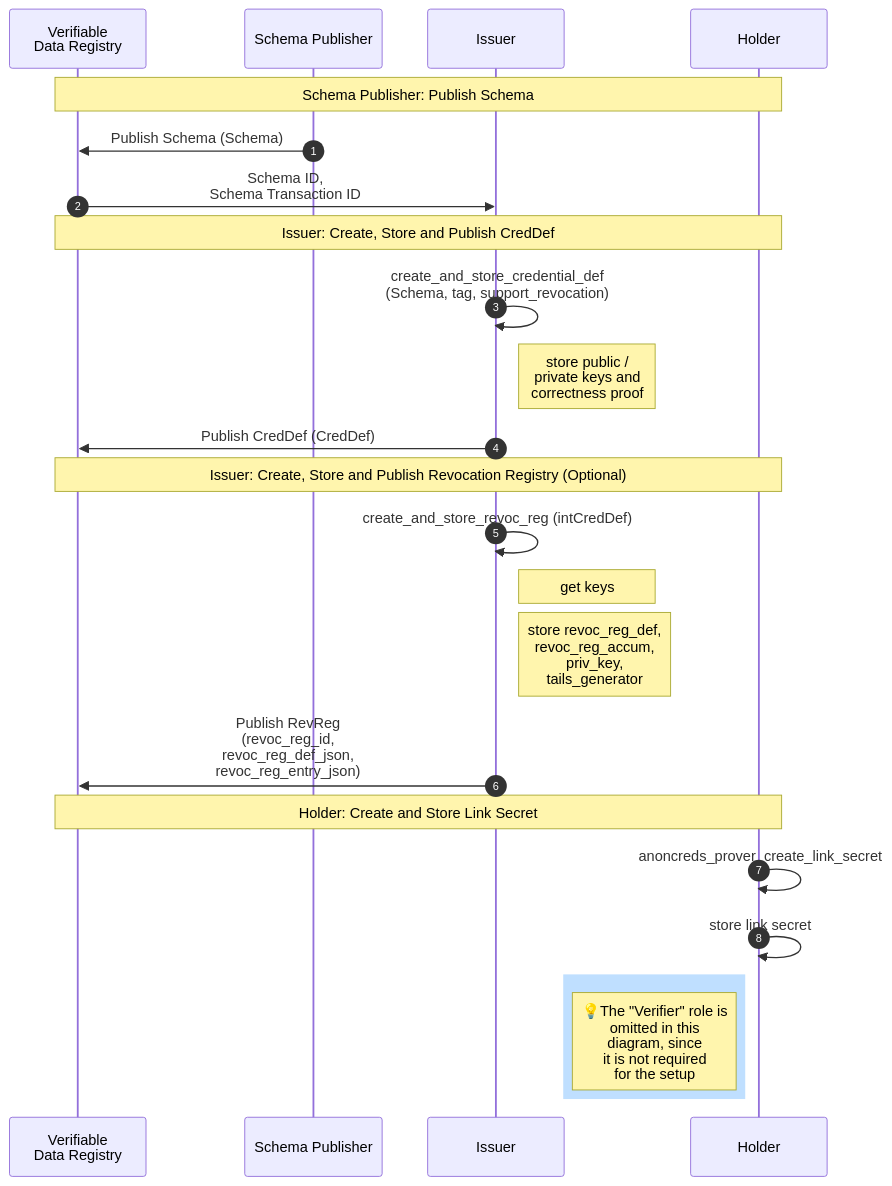
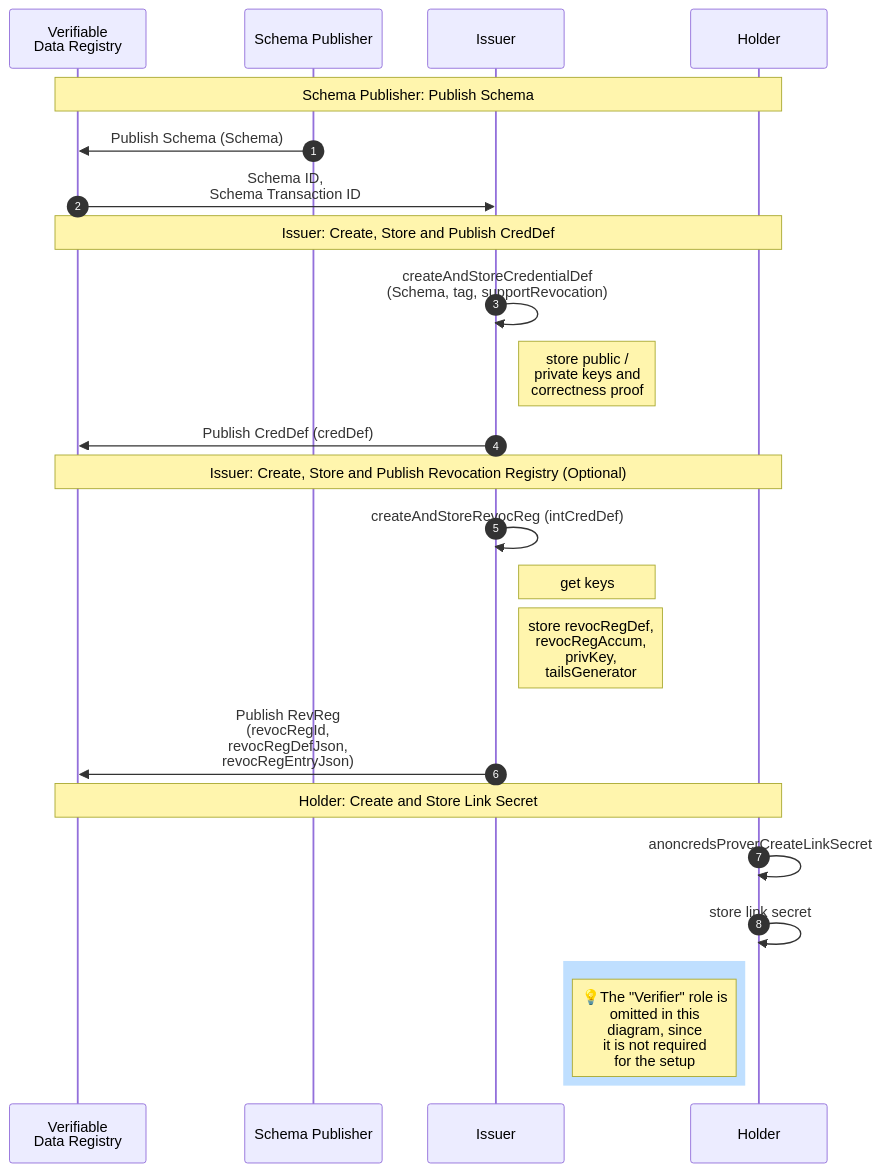
The diagram in spec/data_flow_setup.md (hyperledger/anoncreds-spec), drawn with Mermaid before and after one commit. The commit also changed other lines of this file, not shown here.

````diff
--- a/spec/data_flow_setup.md
+++ b/spec/data_flow_setup.md
@@ -5,34 +5,34 @@
 ```mermaid
 sequenceDiagram
     autonumber
     participant L as Verifiable<br>Data Registry
     participant SP as Schema Publisher
     participant I as Issuer
     participant H as Holder
 
     Note over L, H: Schema Publisher: Publish Schema
 
     SP ->> L: Publish Schema (Schema)
     L ->> I: Schema ID,<br>Schema Transaction ID
 
     Note over L, H: Issuer: Create, Store and Publish CredDef
 
-    I ->> I: create_and_store_credential_def<br>(Schema, tag, support_revocation)
+    I ->> I: createAndStoreCredentialDef<br>(Schema, tag, supportRevocation)
     Note right of I:   store public / <br> private keys and<br>correctness proof
-    I ->> L: Publish CredDef (CredDef)
+    I ->> L: Publish CredDef (credDef)
 
     Note over L, H: Issuer: Create, Store and Publish Revocation Registry (Optional)
 
-    I ->> I: create_and_store_revoc_reg (intCredDef)
+    I ->> I: createAndStoreRevocReg (intCredDef)
     Note right of I: get keys
-    Note right of I: store revoc_reg_def,<br>revoc_reg_accum,<br>priv_key,<br>tails_generator
-    I ->> L: Publish RevReg <br>(revoc_reg_id,<br>revoc_reg_def_json,<br>revoc_reg_entry_json)
+    Note right of I: store revocRegDef,<br>revocRegAccum,<br>privKey,<br>tailsGenerator
+    I ->> L: Publish RevReg <br>(revocRegId,<br>revocRegDefJson,<br>revocRegEntryJson)
 
     Note over L, H: Holder: Create and Store Link Secret
 
-    H ->> H: anoncreds_prover_create_link_secret
+    H ->> H: anoncredsProverCreateLinkSecret
     H ->> H: store link secret
     rect rgb(191, 223, 255)
       Note left of H: 💡The "Verifier" role is<br>omitted in this<br>diagram, since<br>it is not required<br>for the setup
     end
 ```
````
